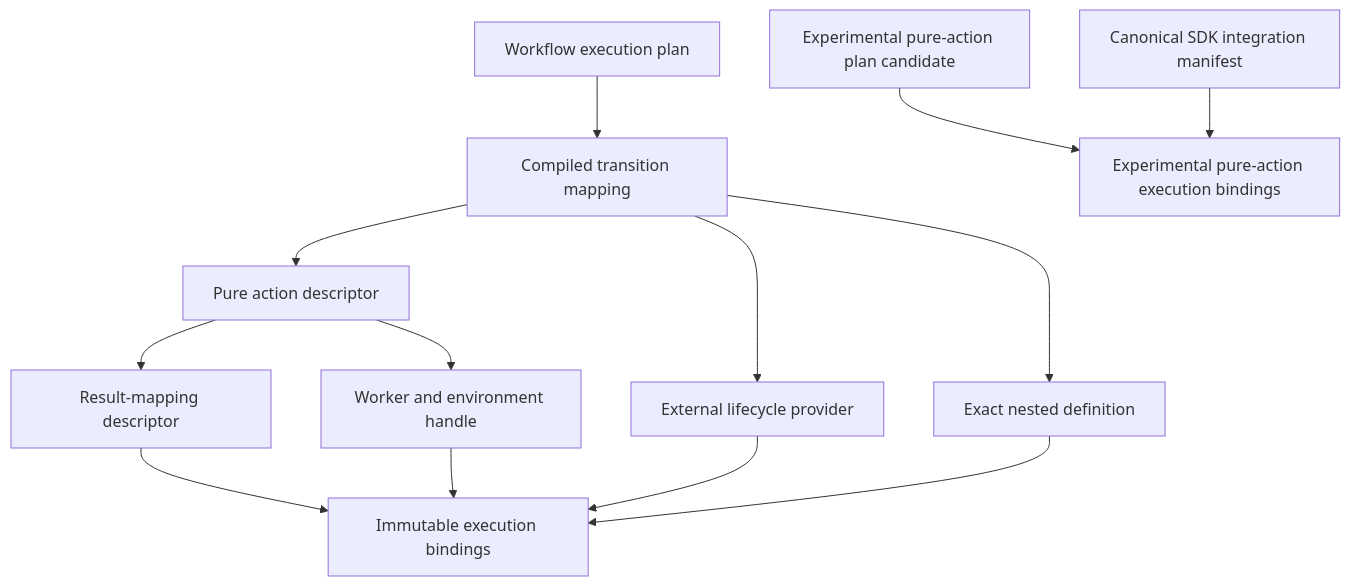
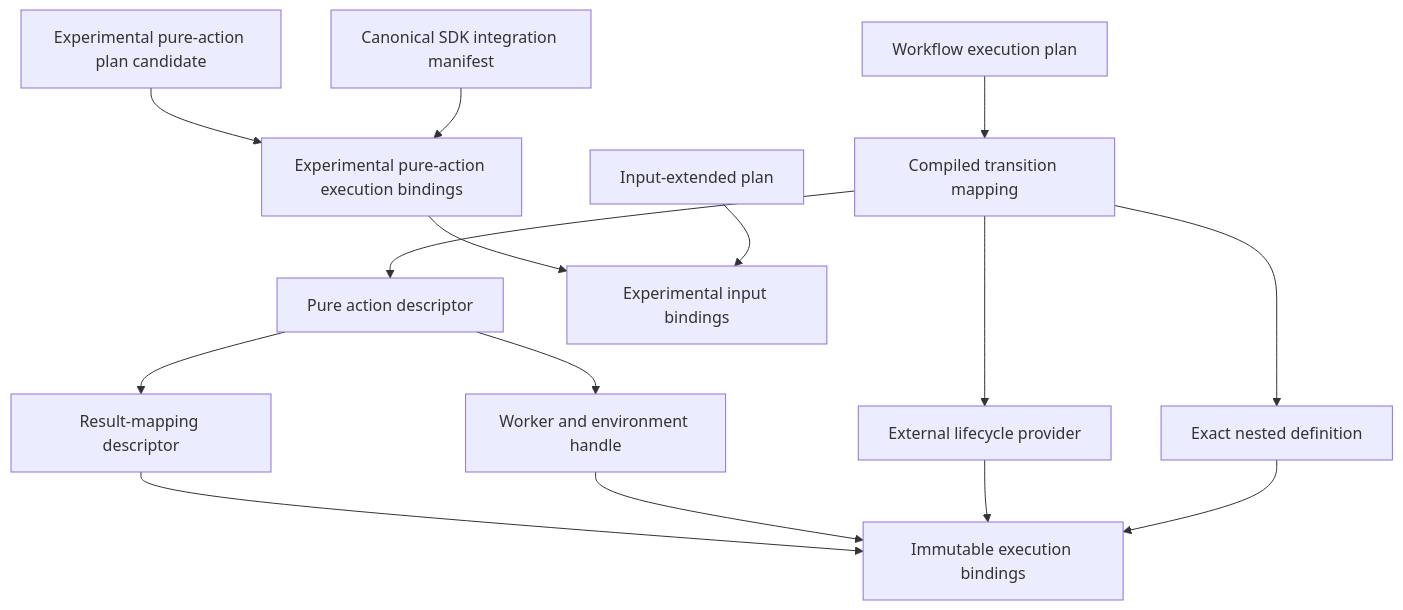
The diagram in docs/architecture/projectkoios/workflow/compilation/bindings/WorkflowExecutionBindings/schematic.md (eragasa/projectkoios-workflow), drawn with Mermaid before and after one commit. The commit also changed other lines of this file and 23 other files, not shown here.

````diff
--- a/docs/architecture/projectkoios/workflow/compilation/bindings/WorkflowExecutionBindings/schematic.md
+++ b/docs/architecture/projectkoios/workflow/compilation/bindings/WorkflowExecutionBindings/schematic.md
@@ -5,27 +5,31 @@
 ```mermaid
 flowchart TD
     P[Workflow execution plan]
     T[Compiled transition mapping]
     A[Pure action descriptor]
     M[Result-mapping descriptor]
     W[Worker and environment handle]
     E[External lifecycle provider]
     N[Exact nested definition]
     B[Immutable execution bindings]
     X[Experimental pure-action plan candidate]
     I[Canonical SDK integration manifest]
     Y[Experimental pure-action execution bindings]
+    S[Input-extended plan]
+    Z[Experimental input bindings]
 
     P --> T
     T --> A
     A --> M
     A --> W
     T --> E
     T --> N
     M --> B
     W --> B
     E --> B
     N --> B
     X --> Y
     I --> Y
+    Y --> Z
+    S --> Z
 ```
````
